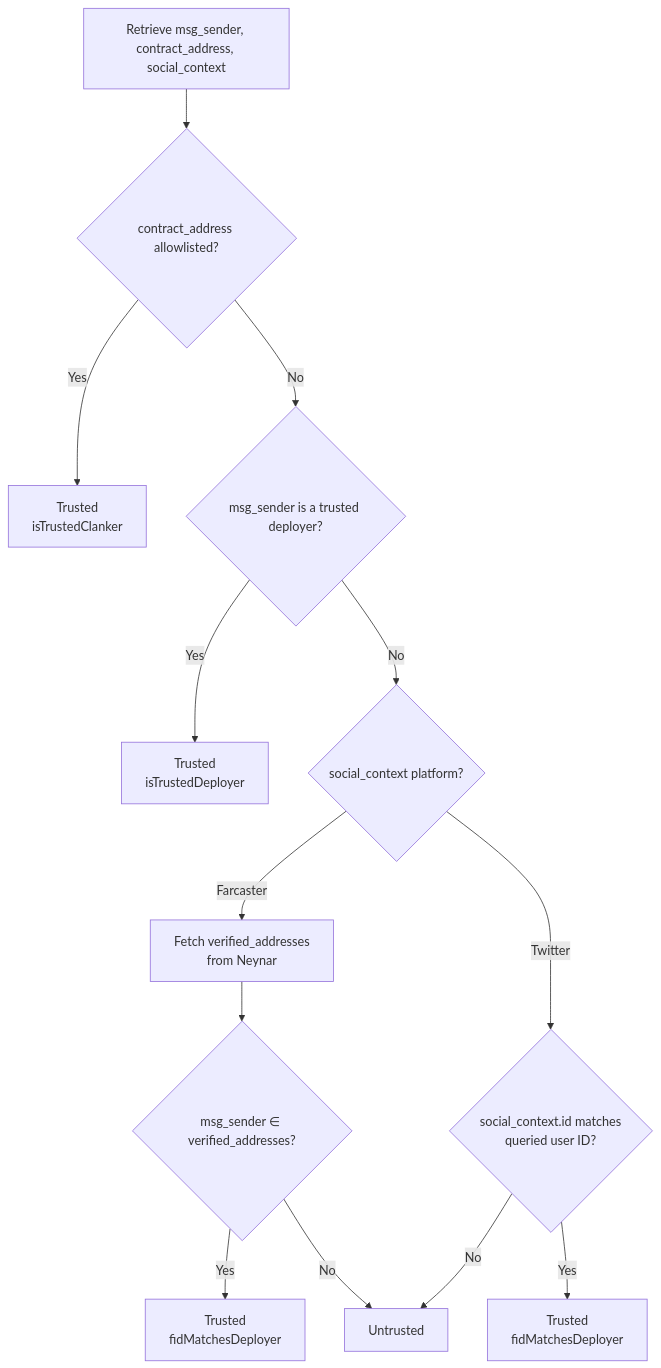
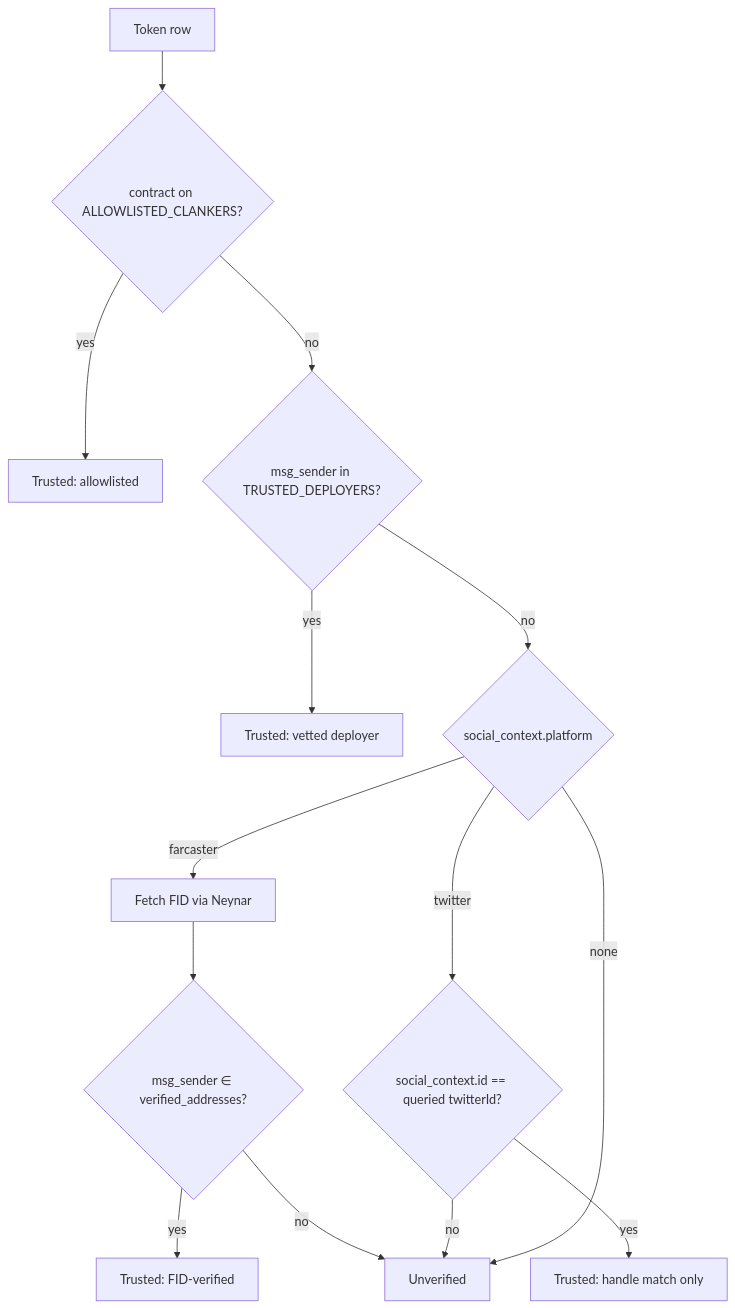
The diagram in general/verifying-the-social-context-of-token-deploys.md (clanker-devco/DOCS), drawn with Mermaid before and after one commit.

Commit message:
docs: replace reconstructed mermaid with original from GitBook revision

````diff
--- a/general/verifying-the-social-context-of-token-deploys.md
+++ b/general/verifying-the-social-context-of-token-deploys.md
@@ -82,15 +82,16 @@
 ```mermaid
 flowchart TD
-    Start[Retrieve msg_sender, contract_address, social_context] --> A{contract_address allowlisted?}
-    A -->|Yes| T1[Trusted<br/>isTrustedClanker]
-    A -->|No| B{msg_sender is a trusted deployer?}
-    B -->|Yes| T2[Trusted<br/>isTrustedDeployer]
-    B -->|No| C{social_context platform?}
-    C -->|Farcaster| D[Fetch verified_addresses<br/>from Neynar]
-    D --> E{msg_sender ∈ verified_addresses?}
-    E -->|Yes| T3[Trusted<br/>fidMatchesDeployer]
-    E -->|No| U[Untrusted]
-    C -->|Twitter| F{social_context.id matches<br/>queried user ID?}
-    F -->|Yes| T4[Trusted<br/>fidMatchesDeployer]
-    F -->|No| U
+  A[Token row] --> B{contract on ALLOWLISTED_CLANKERS?}
+  B -- yes --> T[Trusted: allowlisted]
+  B -- no --> C{msg_sender in TRUSTED_DEPLOYERS?}
+  C -- yes --> T2[Trusted: vetted deployer]
+  C -- no --> D{social_context.platform}
+  D -- farcaster --> E[Fetch FID via Neynar]
+  E --> F{msg_sender ∈ verified_addresses?}
+  F -- yes --> T3[Trusted: FID-verified]
+  F -- no --> U[Unverified]
+  D -- twitter --> G{social_context.id == queried twitterId?}
+  G -- yes --> T4[Trusted: handle match only]
+  G -- no --> U
+  D -- none --> U
 ```
````
